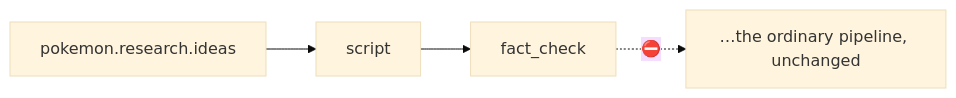
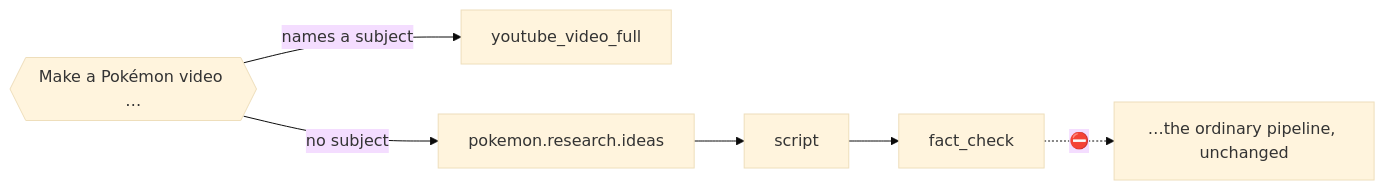
One commit to CptOliveOil/Dasick-enterprises changed the diagram in vault/06 Workflows/Pokemon YouTube Video.md. Above: the diagram before and after it, drawn with Mermaid (base theme). The commit also changed other lines of this file and 4 other files, not shown here.

First line of the commit message:
Give named-subject Pokémon videos a sourced research package; restore the Pokémon pipeline's tail

````diff
--- a/vault/06 Workflows/Pokemon YouTube Video.md
+++ b/vault/06 Workflows/Pokemon YouTube Video.md
@@ -23,5 +23,7 @@
 ```mermaid
 flowchart LR
-    PR[pokemon.research.ideas] --> S[script] --> F[fact_check]
+    CMD{{"Make a Pokémon video …"}} -->|names a subject| FULL[youtube_video_full]
+    CMD -->|no subject| PR[pokemon.research.ideas]
+    PR --> S[script] --> F[fact_check]
     F -.->|⛔| REST[…the ordinary pipeline, unchanged]
 ```
````
